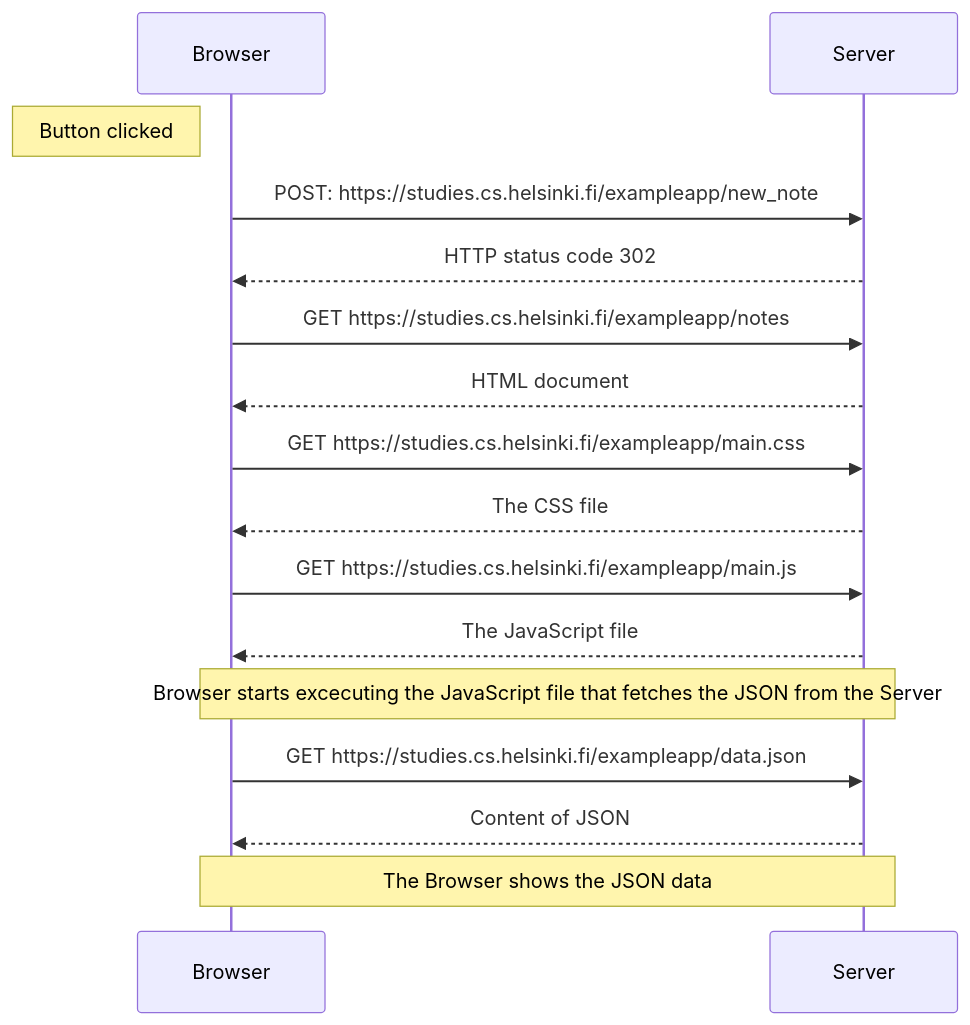
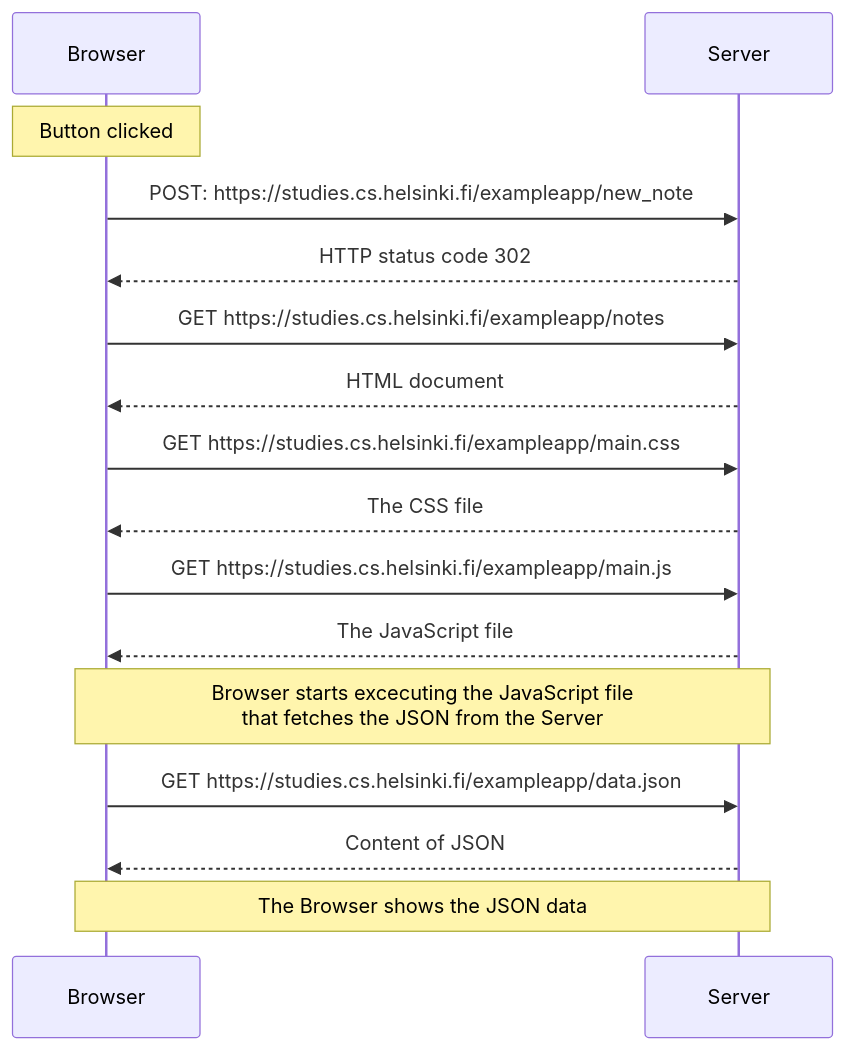
The diagram in part0/0.4_NewNoteDiagram.md (stxvxnch/fullstackopen), drawn with Mermaid before and after one commit.

Commit message:
changed diagram

````diff
--- a/part0/0.4_NewNoteDiagram.md
+++ b/part0/0.4_NewNoteDiagram.md
@@ -1,18 +1,18 @@
 ```mermaid
 sequenceDiagram;
    participant Browser
    participant Server
-   Note left of Browser: Button clicked
+   Note over Browser: Button clicked
    Browser ->> Server: POST: https://studies.cs.helsinki.fi/exampleapp/new_note
    Server -->> Browser: HTTP status code 302
    Browser ->> Server: GET https://studies.cs.helsinki.fi/exampleapp/notes
    Server -->> Browser: HTML document
    Browser ->> Server: GET https://studies.cs.helsinki.fi/exampleapp/main.css
    Server -->> Browser: The CSS file
    Browser ->> Server: GET https://studies.cs.helsinki.fi/exampleapp/main.js
    Server -->> Browser: The JavaScript file 
-   Note over Browser,Server: Browser starts excecuting the JavaScript file that fetches the JSON from the Server
+   Note over Browser,Server: Browser starts excecuting the JavaScript file <br>that fetches the JSON from the Server
    Browser ->> Server: GET https://studies.cs.helsinki.fi/exampleapp/data.json
    Server -->> Browser: Content of JSON
    Note over Browser,Server: The Browser shows the JSON data
 ```
````
